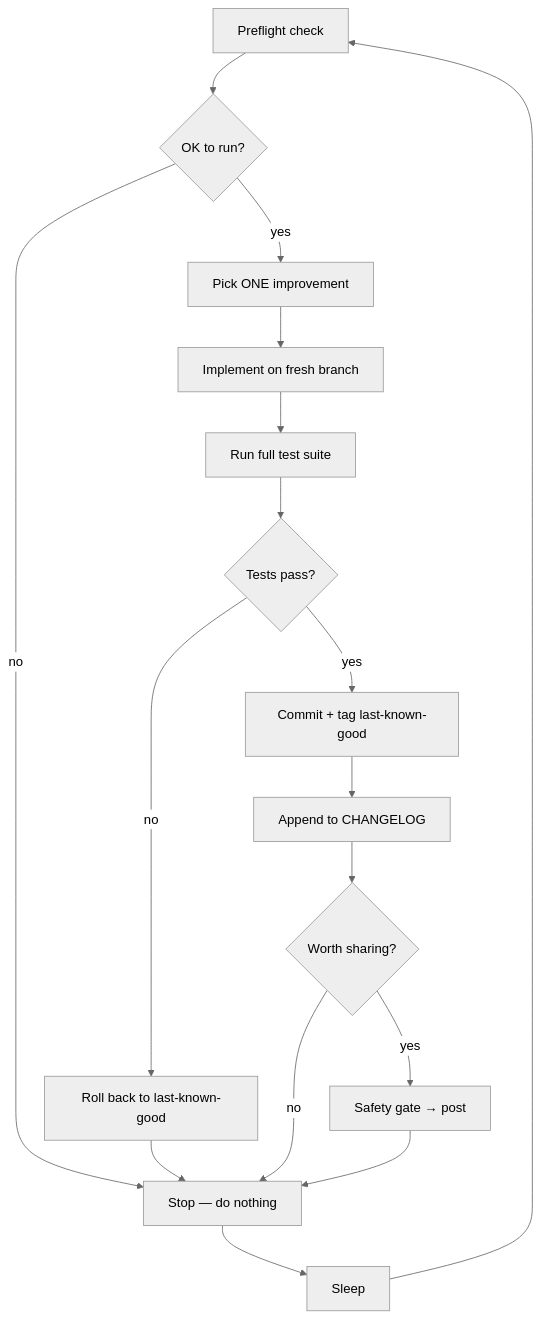
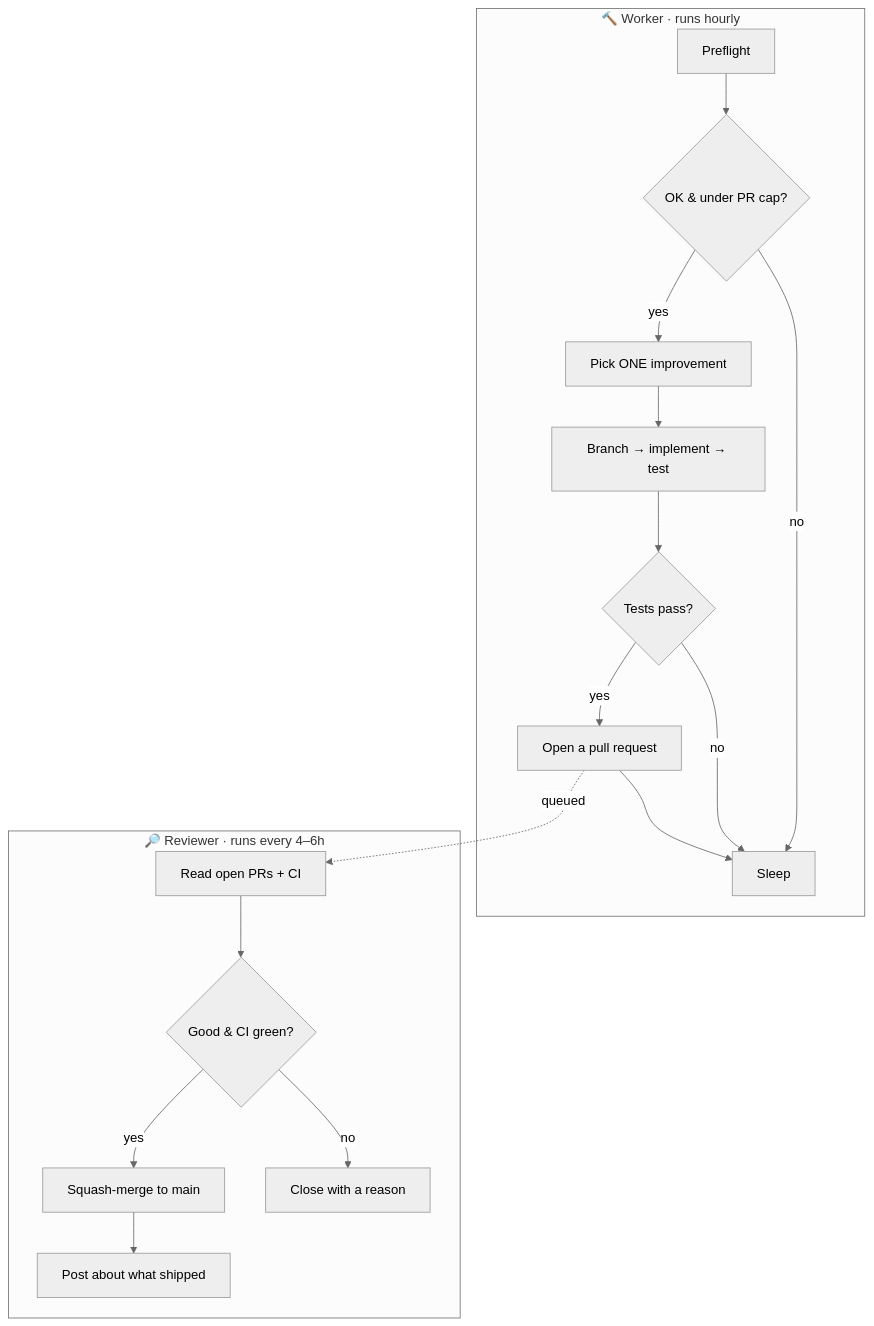
The diagram in README.md (mitosisdev/mito), drawn with Mermaid (neutral theme) before and after one commit. The commit also changed other lines of this file and 1 other file, not shown here.

Commit message:
docs: document worker/reviewer two-role workflow + update diagram

````diff
--- a/README.md
+++ b/README.md
@@ -23,18 +23,20 @@
 ```mermaid
 flowchart TD
-    A[Preflight check] --> B{OK to run?}
-    B -->|no| Z[Stop — do nothing]
-    B -->|yes| C[Pick ONE improvement]
-    C --> D[Implement on fresh branch]
-    D --> E[Run full test suite]
-    E --> F{Tests pass?}
-    F -->|no| G[Roll back to last-known-good]
-    G --> Z
-    F -->|yes| H[Commit + tag last-known-good]
-    H --> I[Append to CHANGELOG]
-    I --> J{Worth sharing?}
-    J -->|no| Z
-    J -->|yes| K[Safety gate → post]
-    K --> Z
-    Z --> L[Sleep] --> A
+    subgraph Worker["🔨 Worker · runs hourly"]
+      A[Preflight] --> B{OK & under PR cap?}
+      B -->|no| Z[Sleep]
+      B -->|yes| C[Pick ONE improvement]
+      C --> D[Branch → implement → test]
+      D --> E{Tests pass?}
+      E -->|no| Z
+      E -->|yes| P[Open a pull request]
+      P --> Z
+    end
+    subgraph Reviewer["🔎 Reviewer · runs every 4–6h"]
+      R[Read open PRs + CI] --> Q{Good & CI green?}
+      Q -->|yes| M[Squash-merge to main]
+      Q -->|no| X[Close with a reason]
+      M --> S[Post about what shipped]
+    end
+    P -. queued .-> R
 ```
````
